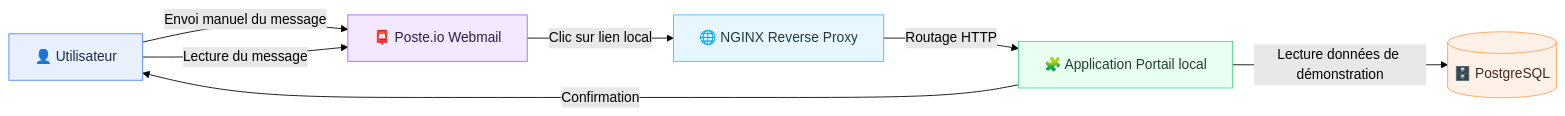
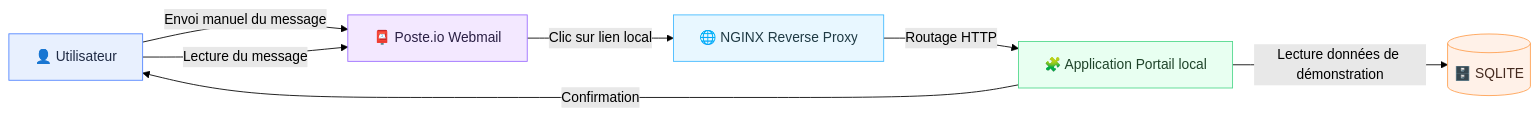
One commit to Alidrix/L_ATELIER changed the first of 2 diagrams in README.md. Above: the diagram before and after it, drawn with Mermaid (forest theme). The commit also changed other lines of this file, not shown here.

````diff
--- a/README.md
+++ b/README.md
@@ -18,21 +9,21 @@
 ```mermaid
 flowchart LR
   classDef user fill:#E8F0FE,stroke:#4F83FF,color:#1F2A44;
   classDef mail fill:#F3E8FF,stroke:#9B6BFF,color:#2A1F44;
   classDef web fill:#E8F7FF,stroke:#3FB8FF,color:#1F3A44;
   classDef app fill:#E8FFF1,stroke:#4FD88B,color:#1F442A;
   classDef db fill:#FFF1E8,stroke:#FF9F4F,color:#442A1F;
 
   U[👤 Utilisateur]:::user
   M[📮 Poste.io Webmail]:::mail
   N[🌐 NGINX Reverse Proxy]:::web
   A[🧩 Application Portail local]:::app
-  D[(🗄️ PostgreSQL)]:::db
+  D[(🗄️ SQLITE)]:::db
 
   U -->|Envoi manuel du message| M
   U -->|Lecture du message| M
   M -->|Clic sur lien local| N
   N -->|Routage HTTP| A
   A -->|Lecture données de démonstration| D
   A -->|Confirmation| U
 ```
````
